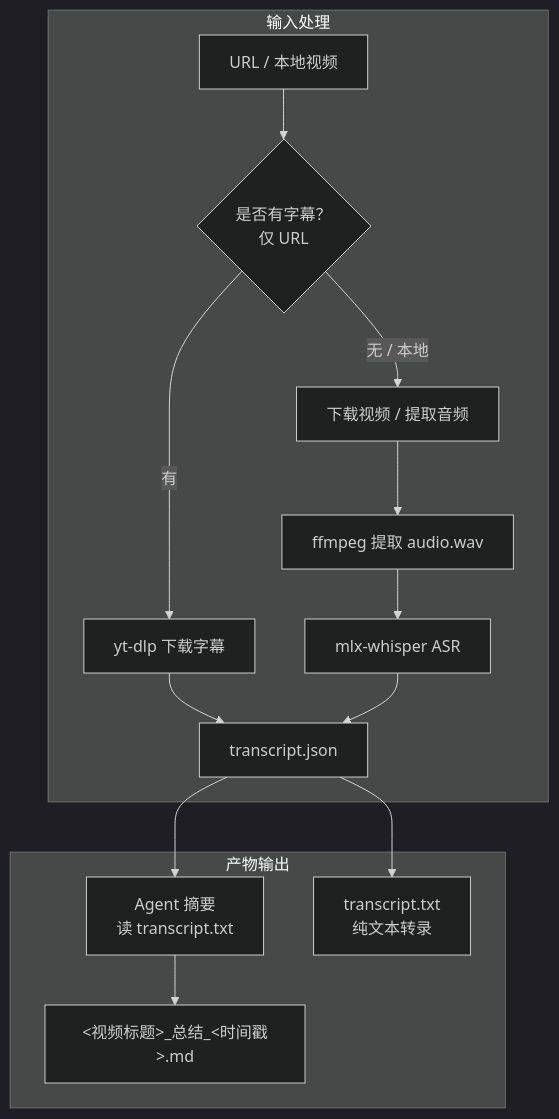
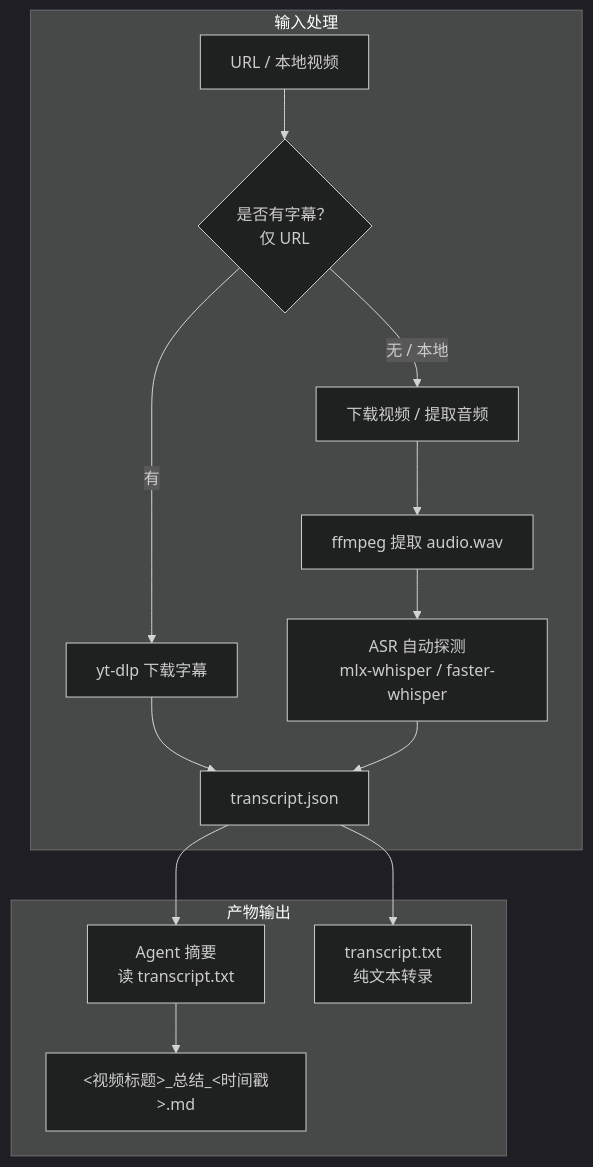
One commit to jarvislee90s-dot/VideoToDoc-skills changed the first of 2 diagrams in .agents/skills/video-to-slides/SKILL.md. Above: the diagram before and after it, drawn with Mermaid (dark theme). The commit also changed other lines of this file and 14 other files, not shown here.

````diff
--- a/.agents/skills/video-to-slides/SKILL.md
+++ b/.agents/skills/video-to-slides/SKILL.md
@@ -72,18 +72,18 @@
 ```mermaid
 flowchart TB
     subgraph vs_input ["输入处理"]
         A[URL / 本地视频] --> B{是否有字幕？<br/>仅 URL}
         B -- 有 --> C[yt-dlp 下载字幕]
         B -- 无 / 本地 --> D[下载视频 / 提取音频]
         D --> E[ffmpeg 提取 audio.wav]
-        E --> F[mlx-whisper ASR]
+        E --> F[ASR 自动探测<br/>mlx-whisper / faster-whisper]
         C --> G[transcript.json]
         F --> G
     end
 
     G --> R[Agent 摘要<br/>读 transcript.txt]
     subgraph vs_output ["产物输出"]
         R --> S[<视频标题>_总结_<时间戳>.md]
         G --> T[transcript.txt<br/>纯文本转录]
     end
 ```
````
